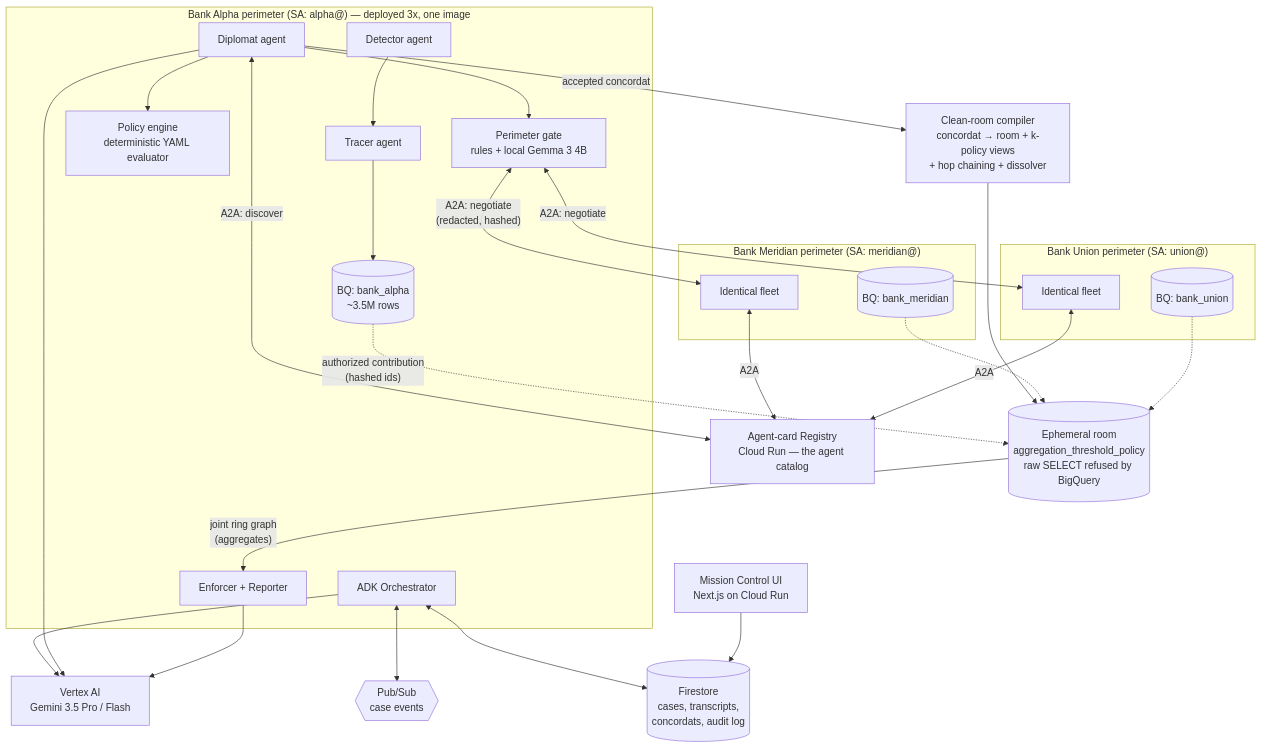
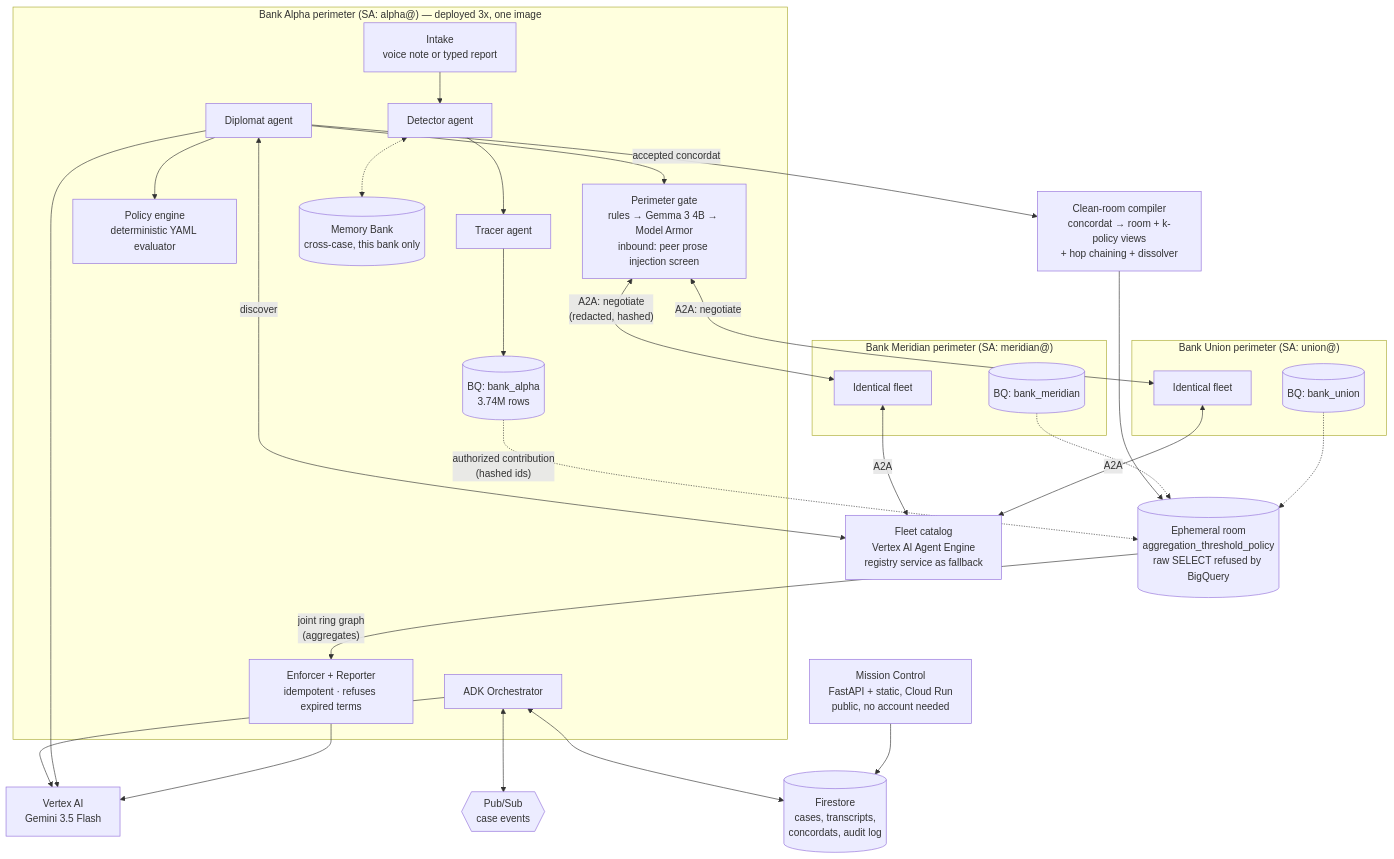
The diagram in ARCHITECTURE.md (engr-krooozy/concordat), drawn with Mermaid before and after one commit. The commit also changed 22 other files, not shown here.

````diff
--- a/ARCHITECTURE.md
+++ b/ARCHITECTURE.md
@@ -22,49 +22,52 @@
 ```mermaid
 flowchart TB
     subgraph ALPHA["Bank Alpha perimeter (SA: alpha@) — deployed 3x, one image"]
+        A_in[Intake<br/>voice note or typed report]
         A_or[ADK Orchestrator]
         A_det[Detector agent]
         A_tr[Tracer agent]
         A_dip[Diplomat agent]
         A_pol[Policy engine<br/>deterministic YAML evaluator]
-        A_red[Perimeter gate<br/>rules + local Gemma 3 4B]
-        A_enf[Enforcer + Reporter]
-        A_bq[(BQ: bank_alpha<br/>~3.5M rows)]
-        A_det --> A_tr --> A_bq
+        A_red[Perimeter gate<br/>rules → Gemma 3 4B → Model Armor<br/>inbound: peer prose injection screen]
+        A_enf[Enforcer + Reporter<br/>idempotent · refuses expired terms]
+        A_mem[(Memory Bank<br/>cross-case, this bank only)]
+        A_bq[(BQ: bank_alpha<br/>3.74M rows)]
+        A_in --> A_det --> A_tr --> A_bq
+        A_det <-.-> A_mem
         A_dip --> A_pol
         A_dip --> A_red
     end
 
     subgraph MER["Bank Meridian perimeter (SA: meridian@)"]
         M_fleet[Identical fleet]
         M_bq[(BQ: bank_meridian)]
     end
     subgraph UNI["Bank Union perimeter (SA: union@)"]
         U_fleet[Identical fleet]
         U_bq[(BQ: bank_union)]
     end
 
-    REG[Agent-card Registry<br/>Cloud Run — the agent catalog]
+    REG[Fleet catalog<br/>Vertex AI Agent Engine<br/>registry service as fallback]
     CR[Clean-room compiler<br/>concordat → room + k-policy views<br/>+ hop chaining + dissolver]
     ROOM[(Ephemeral room<br/>aggregation_threshold_policy<br/>raw SELECT refused by BigQuery)]
     FS[(Firestore<br/>cases, transcripts,<br/>concordats, audit log)]
     PS{{Pub/Sub<br/>case events}}
-    UI[Mission Control UI<br/>Next.js on Cloud Run]
-    GEM[Vertex AI<br/>Gemini 3.5 Pro / Flash]
+    UI[Mission Control<br/>FastAPI + static, Cloud Run<br/>public, no account needed]
+    GEM[Vertex AI<br/>Gemini 3.5 Flash]
 
-    A_dip <-- "A2A: discover" --> REG
+    A_dip <-- "discover" --> REG
     M_fleet <-- "A2A" --> REG
     U_fleet <-- "A2A" --> REG
     A_red <-- "A2A: negotiate<br/>(redacted, hashed)" --> M_fleet
     A_red <-- "A2A: negotiate" --> U_fleet
     A_dip -- "accepted concordat" --> CR
     CR --> ROOM
     A_bq -. "authorized contribution<br/>(hashed ids)" .-> ROOM
     M_bq -.-> ROOM
     U_bq -.-> ROOM
     ROOM -- "joint ring graph<br/>(aggregates)" --> A_enf
     A_or <--> PS
     A_or <--> FS
     UI --> FS
     A_or & A_dip & A_enf --> GEM
 ```
````
